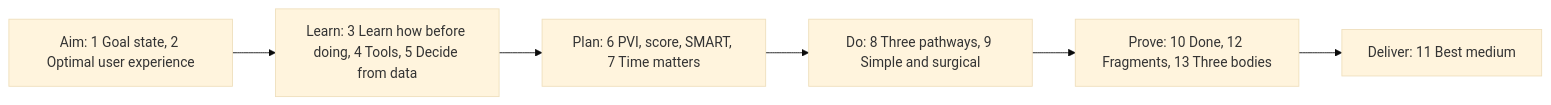
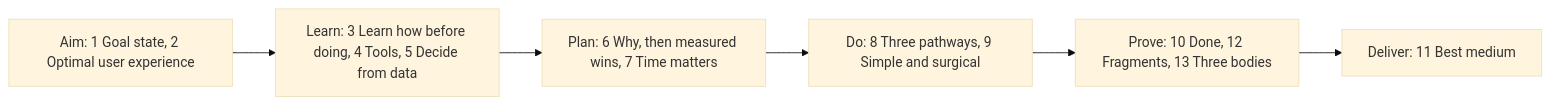
The diagram in README.md (SolenixAI/arbiter), drawn with Mermaid (base theme) before and after one commit. The commit also changed 1 other file, not shown here.

Commit message:
docs(agents): section 6 is "Why, then measured wins", in four steps
Founder's grilling on section 6:
- four ordered steps: why, rank, goal, loop; every rule kept, nesting fixed
- why is the closed vector {{north star, inspiration, purpose, value, impact}}: the PVI²
- SMART goals sit at the centre, with Fibonacci targets and a predicted time
- the score formula stays exactly; the definition of an inspiration moves to the root

````diff
--- a/README.md
+++ b/README.md
@@ -21,6 +21,6 @@
 ```mermaid
 flowchart LR
   A["Aim: 1 Goal state, 2 Optimal user experience"] --> L["Learn: 3 Learn how before doing, 4 Tools, 5 Decide from data"]
-  L --> P["Plan: 6 PVI, score, SMART, 7 Time matters"] --> D["Do: 8 Three pathways, 9 Simple and surgical"]
+  L --> P["Plan: 6 Why, then measured wins, 7 Time matters"] --> D["Do: 8 Three pathways, 9 Simple and surgical"]
   D --> V["Prove: 10 Done, 12 Fragments, 13 Three bodies"] --> O["Deliver: 11 Best medium"]
 ```
````
